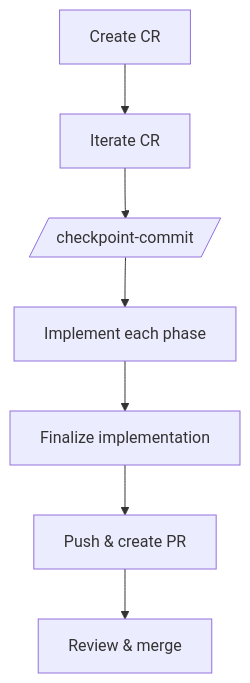
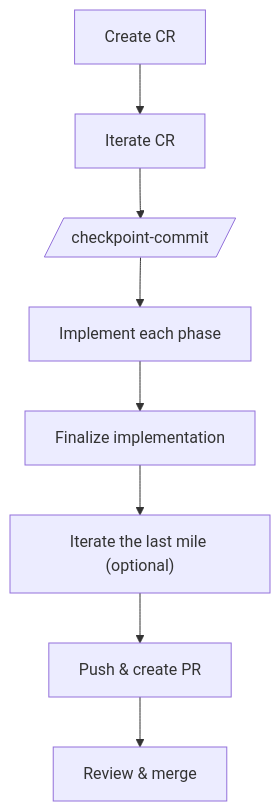
Before and after one commit to desek/governance: the first of 4 diagrams in WORKFLOW.md, drawn with Mermaid. The commit also changed other lines of this file and 13 other files, not shown here.

````diff
--- a/WORKFLOW.md
+++ b/WORKFLOW.md
@@ -15,9 +15,10 @@
 ```mermaid
 flowchart TD
     A[Create CR] --> B[Iterate CR]
     B --> C[/checkpoint-commit/]
     C --> D[Implement each phase]
     D --> E[Finalize implementation]
-    E --> F[Push & create PR]
-    F --> G[Review & merge]
+    E --> F["Iterate the last mile (optional)"]
+    F --> G[Push & create PR]
+    G --> H[Review & merge]
 ```
````
